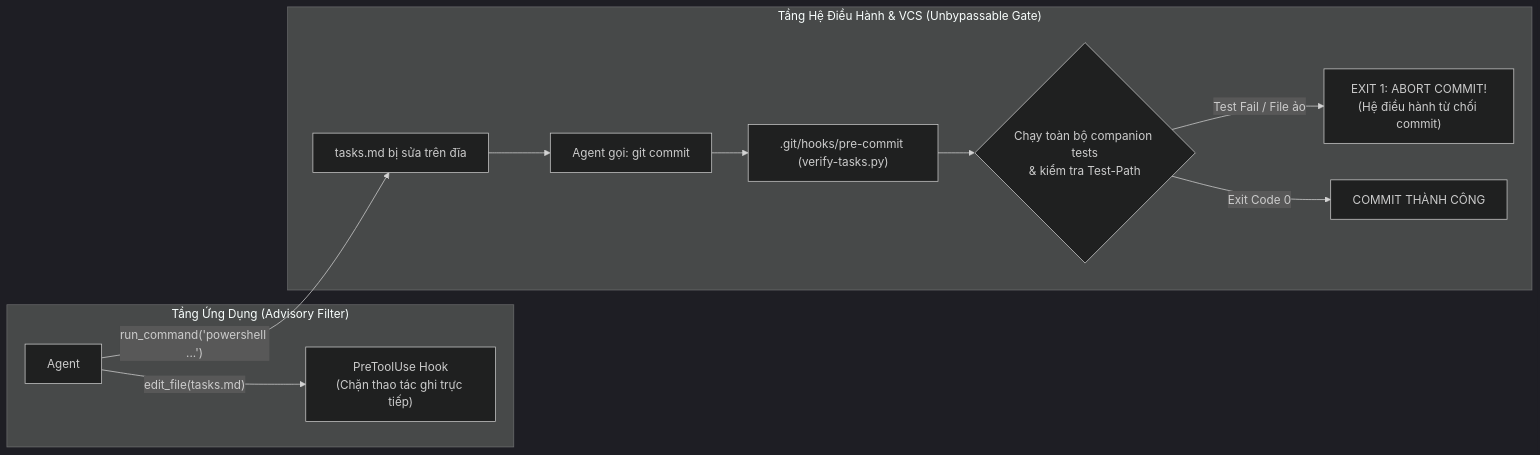
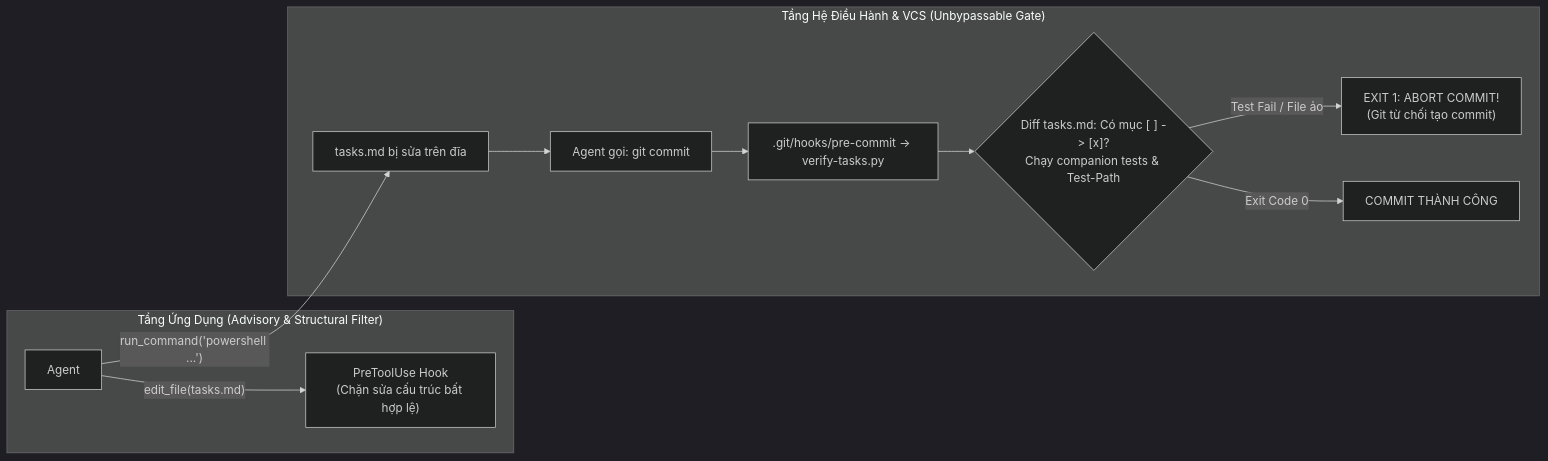
Before and after one commit to vuthuonghai-steve/auto-rep-zalo: the second of 3 diagrams in Docs/AGENTS_ANALYSTS/harness-architecture-evaluation/04-structured-output-and-rule-to-script-matrix.md, drawn with Mermaid (dark theme). The commit also changed other lines of this file, not shown here.

````diff
--- a/Docs/AGENTS_ANALYSTS/harness-architecture-evaluation/04-structured-output-and-rule-to-script-matrix.md
+++ b/Docs/AGENTS_ANALYSTS/harness-architecture-evaluation/04-structured-output-and-rule-to-script-matrix.md
@@ -64,15 +72,15 @@
 ```mermaid
 flowchart LR
-    subgraph AppLevel["Tầng Ứng Dụng (Advisory Filter)"]
-        Agent["Agent"] -- "edit_file(tasks.md)" --> PreToolHook["PreToolUse Hook\n(Chặn thao tác ghi trực tiếp)"]
+    subgraph AppLevel["Tầng Ứng Dụng (Advisory & Structural Filter)"]
+        Agent["Agent"] -- "edit_file(tasks.md)" --> PreToolHook["PreToolUse Hook\n(Chặn sửa cấu trúc bất hợp lệ)"]
     end
 
     subgraph OSLevel["Tầng Hệ Điều Hành & VCS (Unbypassable Gate)"]
         Agent -- "run_command('powershell ...')" --> DiskFile["tasks.md bị sửa trên đĩa"]
         DiskFile --> GitCommit["Agent gọi: git commit"]
-        GitCommit --> PreCommitHook[".git/hooks/pre-commit (verify-tasks.py)"]
-        PreCommitHook --> TestRun{"Chạy toàn bộ companion tests\n& kiểm tra Test-Path"}
-        TestRun -- "Test Fail / File ảo" --> AbortCommit["EXIT 1: ABORT COMMIT!\n(Hệ điều hành từ chối commit)"]
+        GitCommit --> PreCommitHook[".git/hooks/pre-commit -> verify-tasks.py"]
+        PreCommitHook --> TestRun{"Diff tasks.md: Có mục [ ] -> [x]?\nChạy companion tests & Test-Path"}
+        TestRun -- "Test Fail / File ảo" --> AbortCommit["EXIT 1: ABORT COMMIT!\n(Git từ chối tạo commit)"]
         TestRun -- "Exit Code 0" --> AllowCommit["COMMIT THÀNH CÔNG"]
     end
 ```
````
